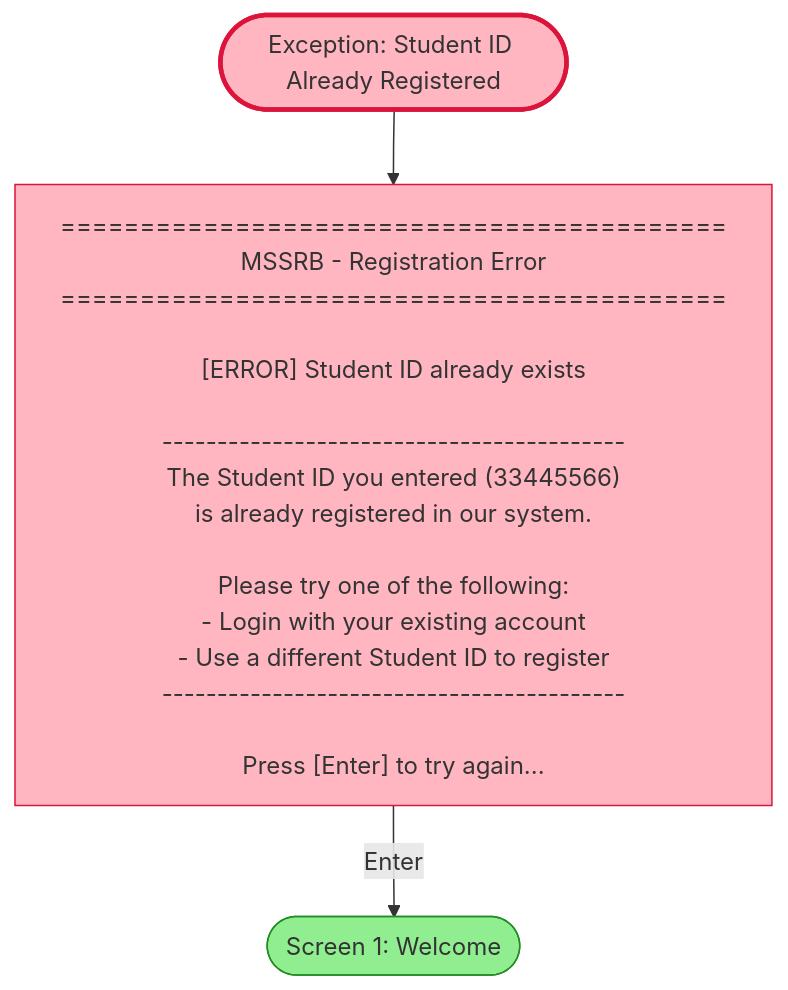
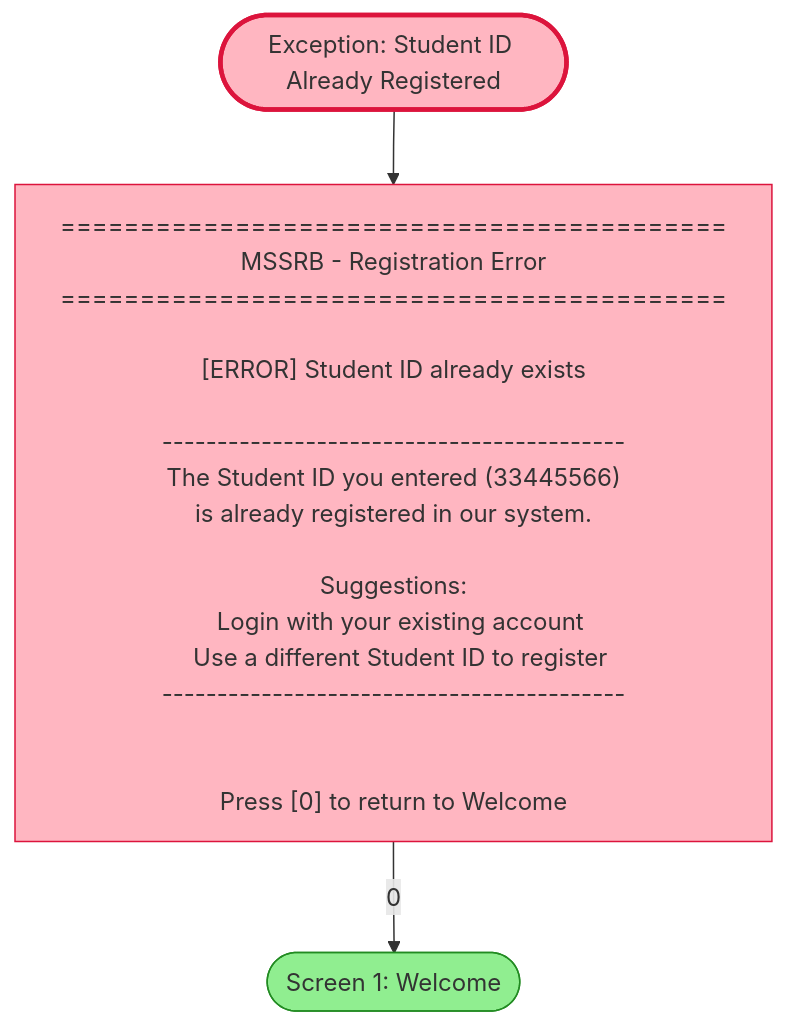
Before and after one commit to alii0110-monash/fit5136-study-room-booking: the diagram in mermaid/member_a/exception_duplicate_id.mmd, drawn with Mermaid. The commit also changed 9 other files, not shown here.

First line of the commit message:
Standardize Mermaid flowchart format and navigation

```diff
--- a/mermaid/member_a/exception_duplicate_id.mmd
+++ b/mermaid/member_a/exception_duplicate_id.mmd
@@ -1,30 +1,31 @@
 flowchart TB
     ERROR_ID(["Exception: Student ID Already Registered"])
 
     E1["
 ==========================================
 MSSRB - Registration Error
 ==========================================
 
 [ERROR] Student ID already exists
 
 ------------------------------------------
 The Student ID you entered (33445566)
 is already registered in our system.
 
-Please try one of the following:
-- Login with your existing account
-- Use a different Student ID to register
+Suggestions:
+  Login with your existing account
+  Use a different Student ID to register
 ------------------------------------------
 
-Press [Enter] to try again...
+
+Press [0] to return to Welcome
     "]
 
     WELCOME(["Screen 1: Welcome"])
 
     ERROR_ID --> E1
-    E1 -->|"Enter"| WELCOME
+    E1 -->|"0"| WELCOME
 
     style ERROR_ID fill:#FFB6C1,stroke:#DC143C,stroke-width:3px
     style E1 fill:#FFB6C1,stroke:#DC143C
     style WELCOME fill:#90EE90,stroke:#228B22
```
